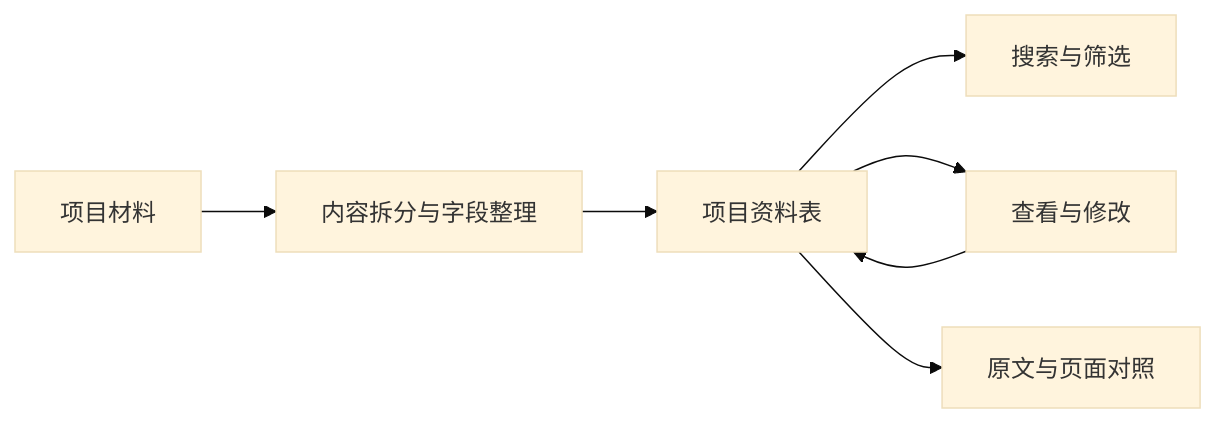
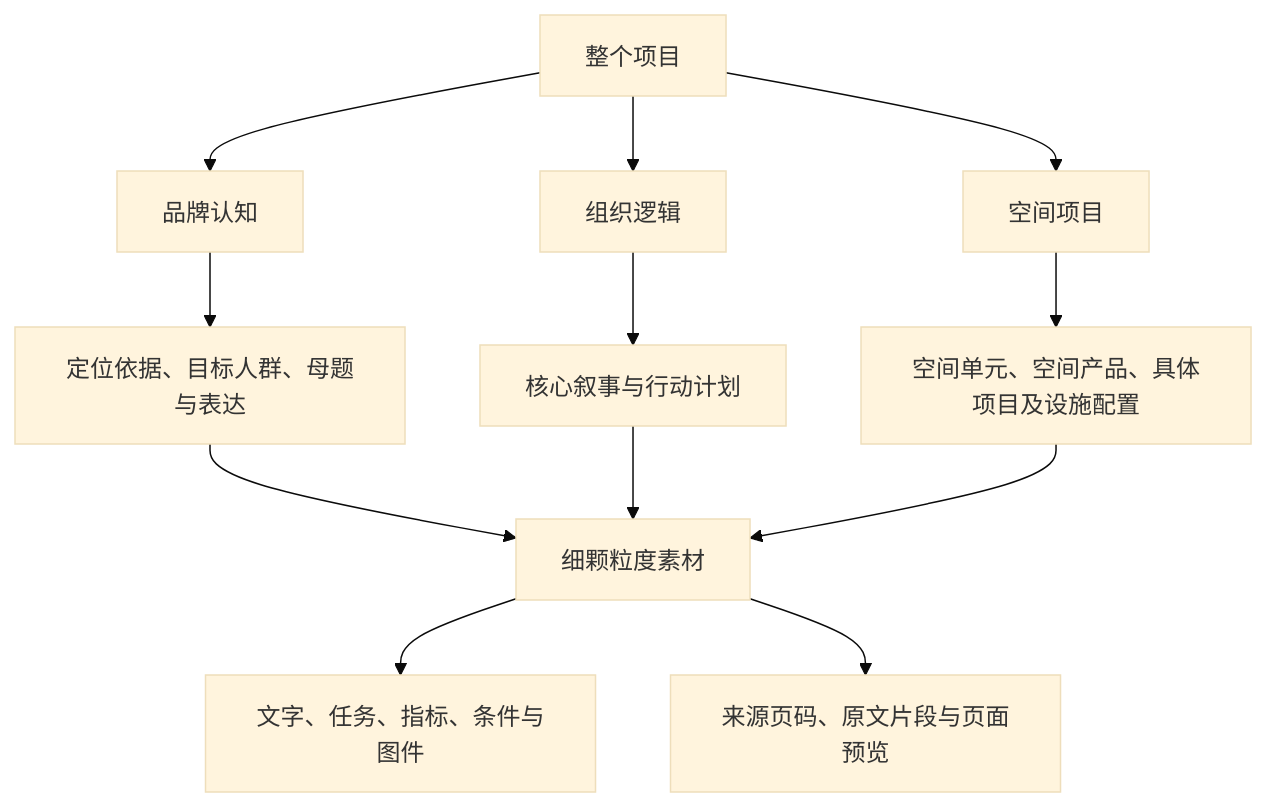
One commit to zouyu8377-coder/urban-content-demo changed the diagram in README.md. Above: the diagram before and after it, drawn with Mermaid (base theme). The commit also changed other lines of this file and 48 other files, not shown here.

````diff
--- a/README.md
+++ b/README.md
@@ -26,9 +11,14 @@
 ```mermaid
-flowchart LR
-    A[项目材料] --> B[内容拆分与字段整理]
-    B --> C[项目资料表]
-    C --> D[搜索与筛选]
-    C --> E[查看与修改]
-    C --> F[原文与页面对照]
-    E --> C
+flowchart TD
+    P[整个项目] --> B[品牌认知]
+    P --> O[组织逻辑]
+    P --> S[空间项目]
+    B --> B1[定位依据、目标人群、母题与表达]
+    O --> O1[核心叙事与行动计划]
+    S --> S1[空间单元、空间产品、具体项目及设施配置]
+    B1 --> M[细颗粒度素材]
+    O1 --> M
+    S1 --> M
+    M --> T[文字、任务、指标、条件与图件]
+    M --> R[来源页码、原文片段与页面预览]
 ```
````
